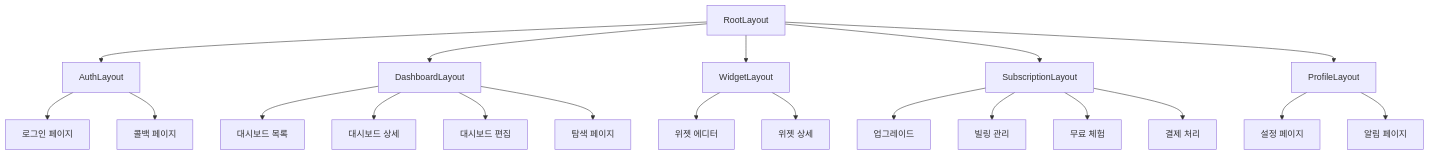
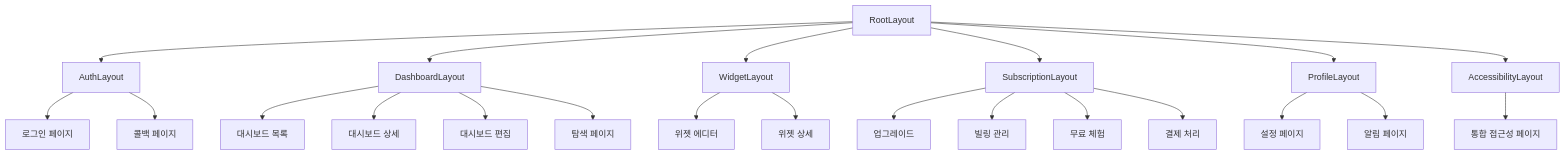
One commit to Seungwoo321/etorch-docs changed the third of 5 diagrams in frontend/routing.md. Above: the diagram before and after it, drawn with Mermaid. The commit also changed other lines of this file, not shown here.

````diff
--- a/frontend/routing.md
+++ b/frontend/routing.md
@@ -229,27 +237,30 @@
 ```mermaid
 flowchart TD
     Root[RootLayout] --> Auth[AuthLayout]
     Root --> Dashboard[DashboardLayout]
     Root --> Widget[WidgetLayout]
     Root --> Subscription[SubscriptionLayout]
     Root --> Profile[ProfileLayout]
+    Root --> Accessibility[AccessibilityLayout]
     
     Auth --> Login[로그인 페이지]
     Auth --> Callback[콜백 페이지]
     
     Dashboard --> DashboardList[대시보드 목록]
     Dashboard --> DashboardDetail[대시보드 상세]
     Dashboard --> DashboardEdit[대시보드 편집]
     Dashboard --> Explore[탐색 페이지]
     
     Widget --> WidgetEditor[위젯 에디터]
     Widget --> WidgetDetail[위젯 상세]
     
     Subscription --> Upgrade[업그레이드]
     Subscription --> Billing[빌링 관리]
     Subscription --> Trial[무료 체험]
     Subscription --> Payment[결제 처리]
     
     Profile --> Settings[설정 페이지]
     Profile --> Notifications[알림 페이지]
+    
+    Accessibility --> AccessibilityPage[통합 접근성 페이지]
 ```
````
